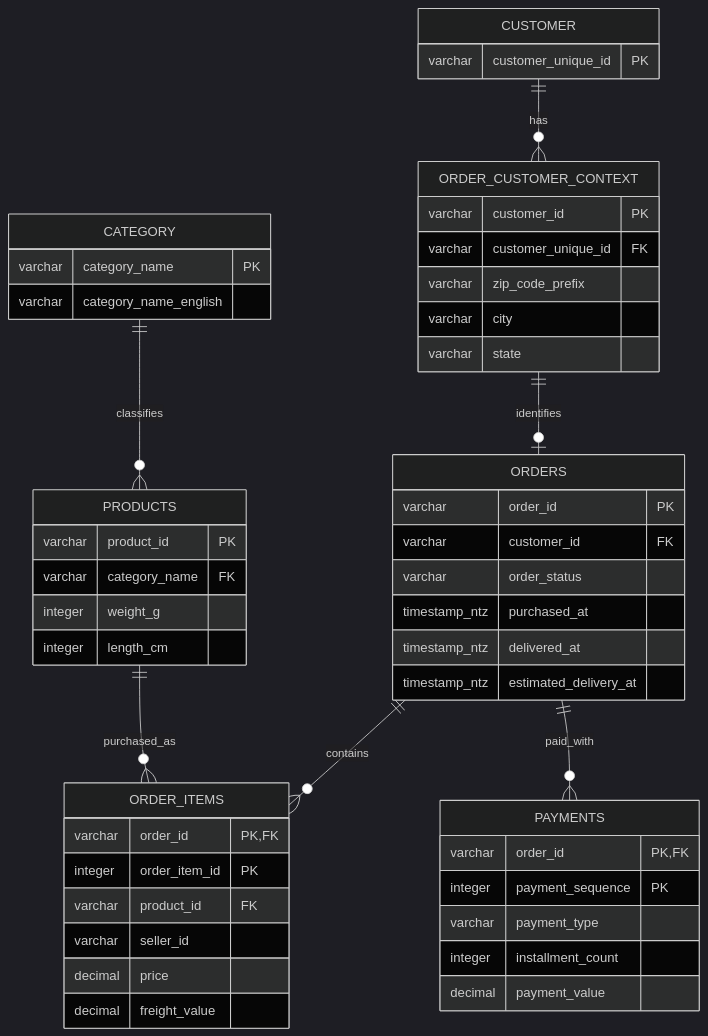
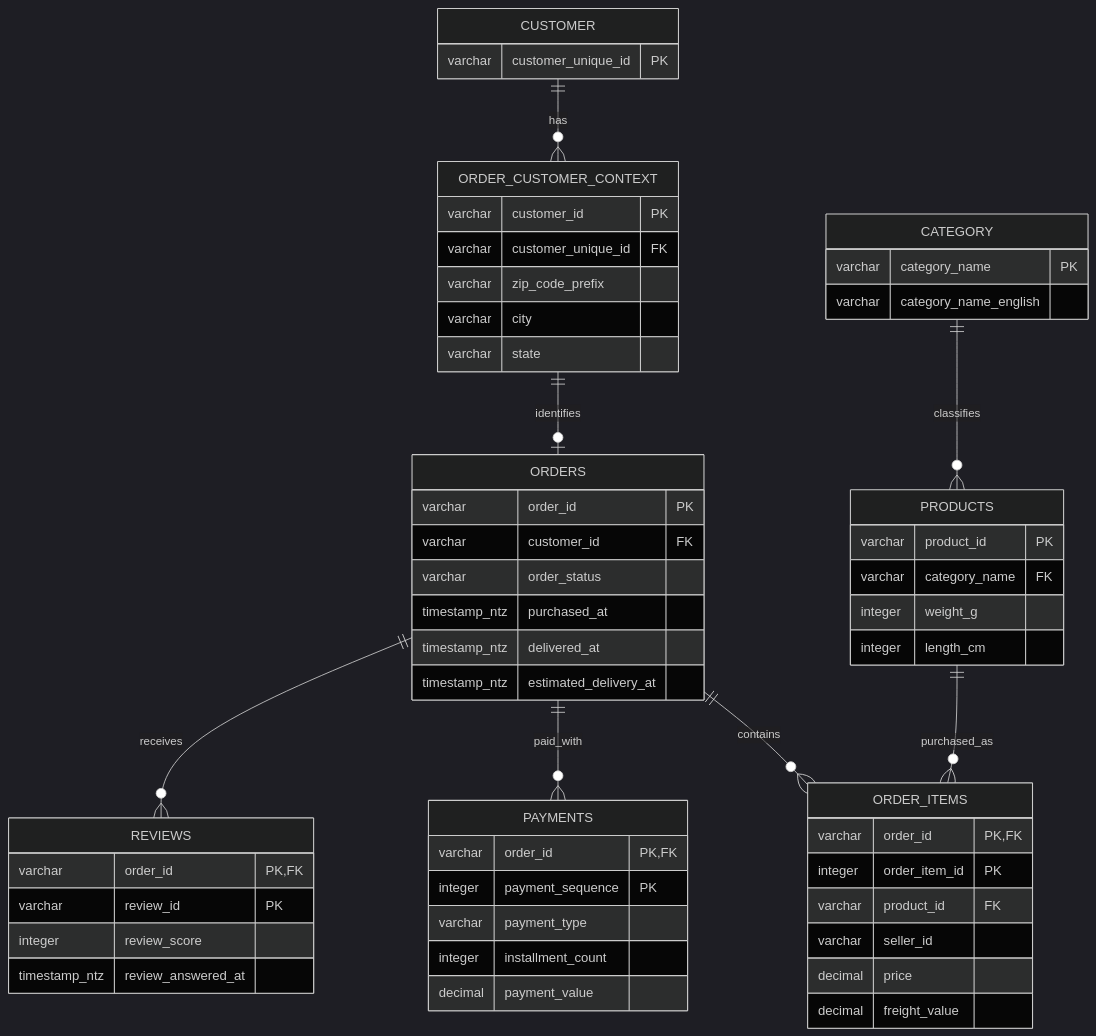
Before and after one commit to michaela-liu1225/elio-assessment: the first of 2 diagrams in docs/data_model.md, drawn with Mermaid (dark theme). The commit also changed other lines of this file and 13 other files, not shown here.

Commit message:
Model dispatch risk and review outcomes without order fanout

````diff
--- a/docs/data_model.md
+++ b/docs/data_model.md
@@ -7,52 +7,59 @@
 ```mermaid
 erDiagram
     CUSTOMER ||--o{ ORDER_CUSTOMER_CONTEXT : has
     ORDER_CUSTOMER_CONTEXT ||--o| ORDERS : identifies
     ORDERS ||--o{ ORDER_ITEMS : contains
     PRODUCTS ||--o{ ORDER_ITEMS : purchased_as
     CATEGORY ||--o{ PRODUCTS : classifies
     ORDERS ||--o{ PAYMENTS : paid_with
+    ORDERS ||--o{ REVIEWS : receives
     CUSTOMER {
         varchar customer_unique_id PK
     }
     ORDER_CUSTOMER_CONTEXT {
         varchar customer_id PK
         varchar customer_unique_id FK
         varchar zip_code_prefix
         varchar city
         varchar state
     }
     ORDERS {
         varchar order_id PK
         varchar customer_id FK
         varchar order_status
         timestamp_ntz purchased_at
         timestamp_ntz delivered_at
         timestamp_ntz estimated_delivery_at
     }
     ORDER_ITEMS {
         varchar order_id PK,FK
         integer order_item_id PK
         varchar product_id FK
         varchar seller_id
         decimal price
         decimal freight_value
     }
     PRODUCTS {
         varchar product_id PK
         varchar category_name FK
         integer weight_g
         integer length_cm
     }
     CATEGORY {
         varchar category_name PK
         varchar category_name_english
     }
+    REVIEWS {
+        varchar order_id PK,FK
+        varchar review_id PK
+        integer review_score
+        timestamp_ntz review_answered_at
+    }
     PAYMENTS {
         varchar order_id PK,FK
         integer payment_sequence PK
         varchar payment_type
         integer installment_count
         decimal payment_value
     }
 ```
````
